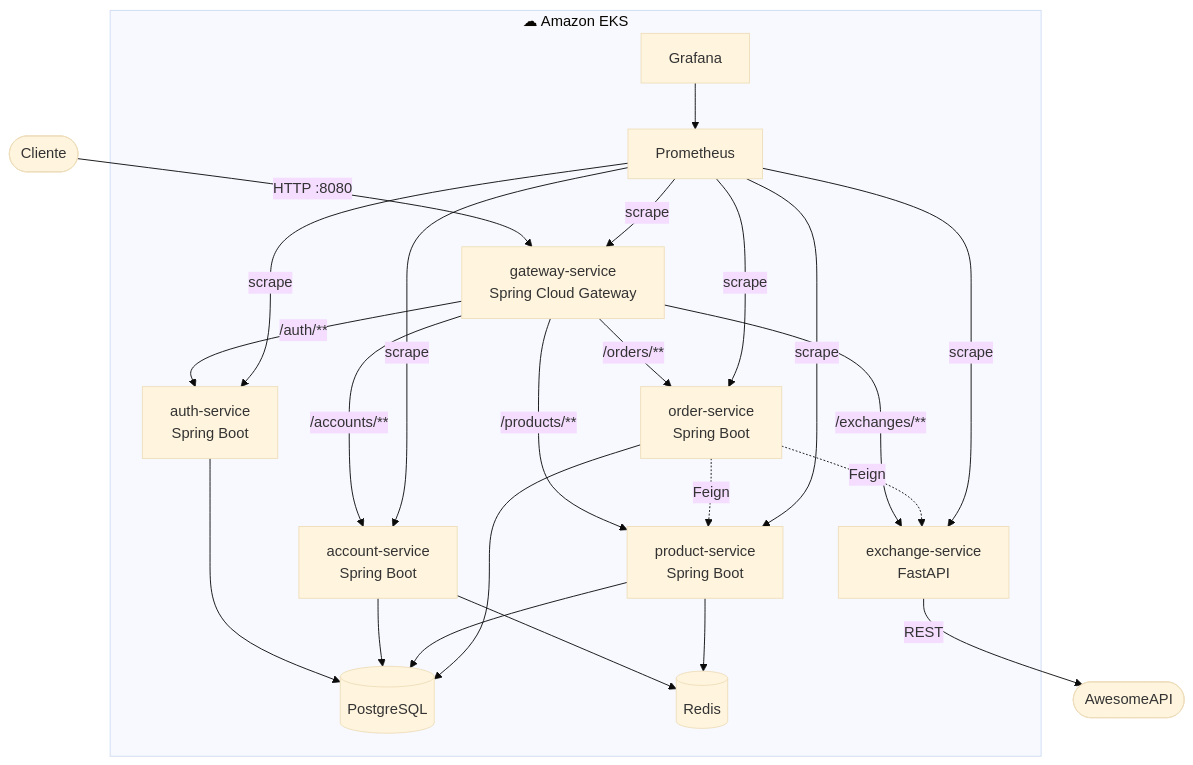
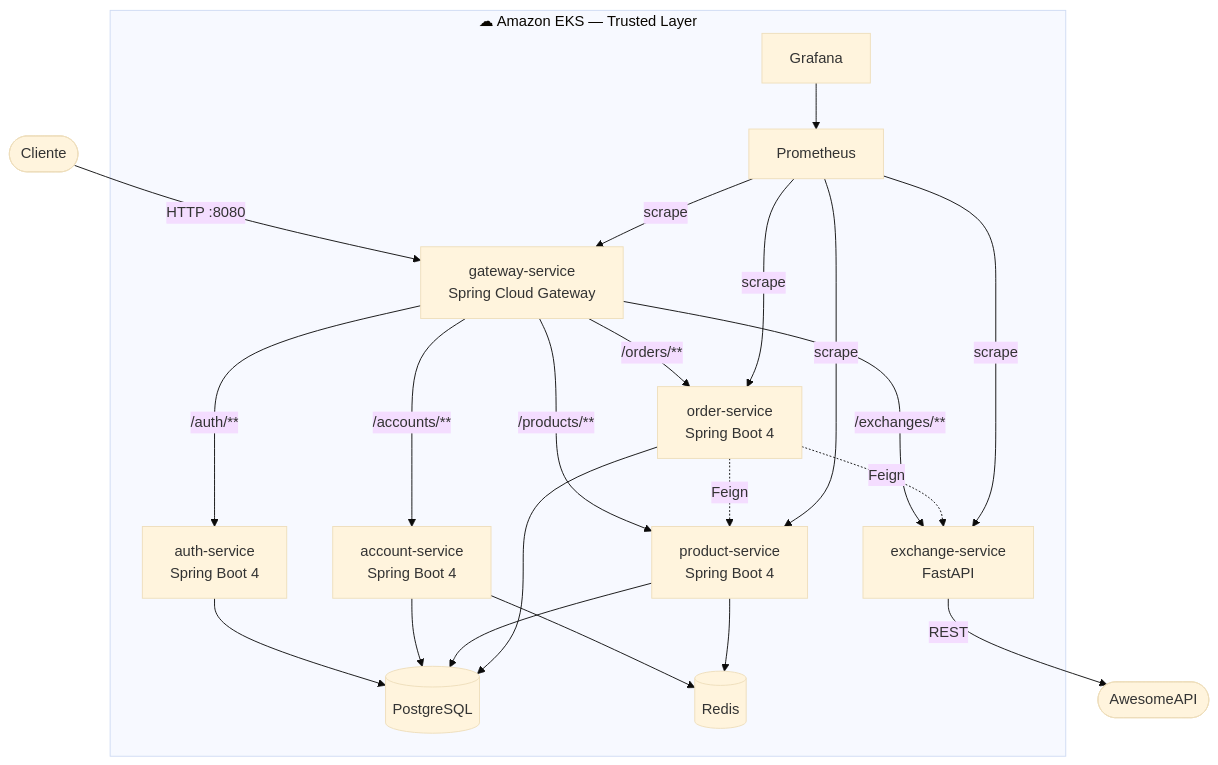
One commit to Plataformas-Micro/plataforma changed the diagram in docs/docs/index.md. Above: the diagram before and after it, drawn with Mermaid (base theme). The commit also changed other lines of this file and 3 other files, not shown here.

Commit message:
Restructure docs navigation and rewrite Home and Architecture

````diff
--- a/docs/docs/index.md
+++ b/docs/docs/index.md
@@ -23,35 +61,33 @@
 ```mermaid
 flowchart TD
     Client([Cliente])
 
     Client -->|HTTP :8080| GW
 
-    subgraph K8s["☁ Amazon EKS"]
-        GW[gateway-service\nSpring Cloud Gateway]
+    subgraph K8s["☁ Amazon EKS — Trusted Layer"]
+        GW[gateway-service<br/>Spring Cloud Gateway]
 
-        GW -->|/auth/**| AUTH[auth-service\nSpring Boot]
-        GW -->|/accounts/**| ACC[account-service\nSpring Boot]
-        GW -->|/products/**| PROD[product-service\nSpring Boot]
-        GW -->|/exchanges/**| EX[exchange-service\nFastAPI]
-        GW -->|/orders/**| ORD[order-service\nSpring Boot]
+        GW -->|/auth/**| AUTH[auth-service<br/>Spring Boot 4]
+        GW -->|/accounts/**| ACC[account-service<br/>Spring Boot 4]
+        GW -->|/products/**| PROD[product-service<br/>Spring Boot 4]
+        GW -->|/exchanges/**| EX[exchange-service<br/>FastAPI]
+        GW -->|/orders/**| ORD[order-service<br/>Spring Boot 4]
 
         AUTH --> DB[(PostgreSQL)]
         ACC  --> DB
         PROD --> DB
         ORD  --> DB
         ACC  --> REDIS[(Redis)]
         PROD --> REDIS
         ORD  -.->|Feign| PROD
         ORD  -.->|Feign| EX
 
         PROM[Prometheus] -->|scrape| GW
-        PROM -->|scrape| AUTH
-        PROM -->|scrape| ACC
         PROM -->|scrape| PROD
         PROM -->|scrape| EX
         PROM -->|scrape| ORD
         GRAF[Grafana] --> PROM
     end
 
     EX -->|REST| AWESOMEAPI([AwesomeAPI])
 ```
````
